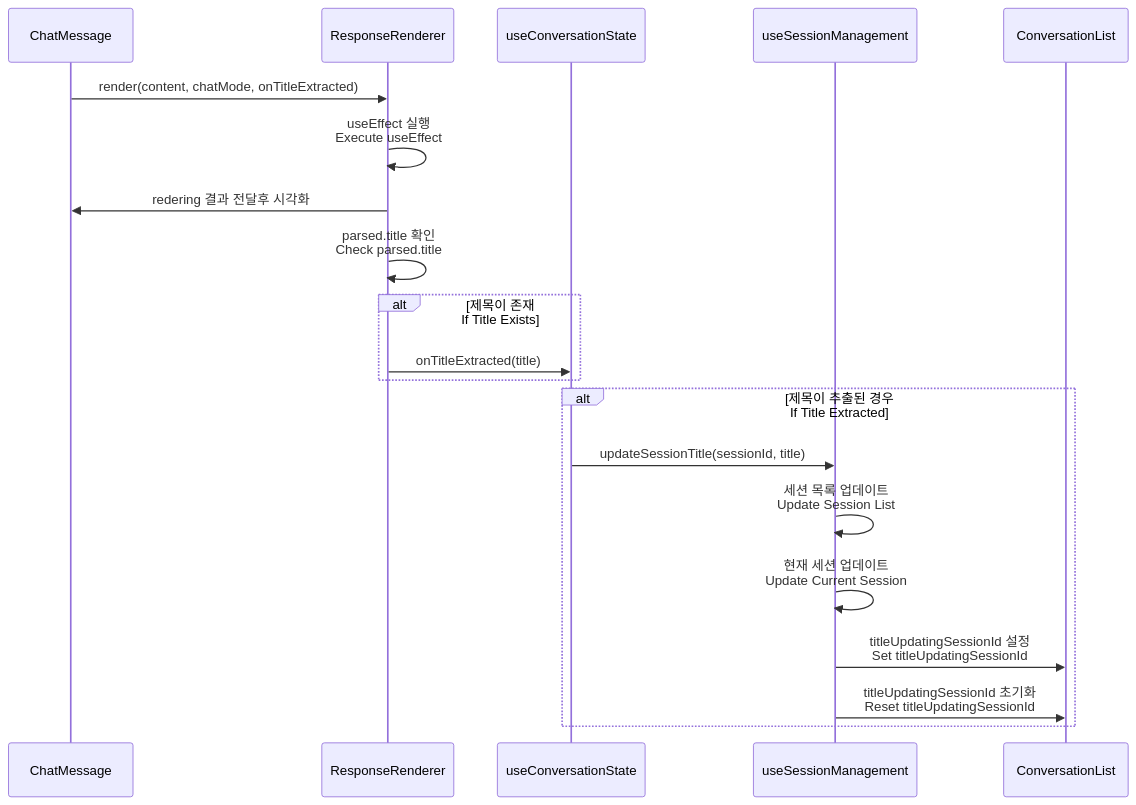
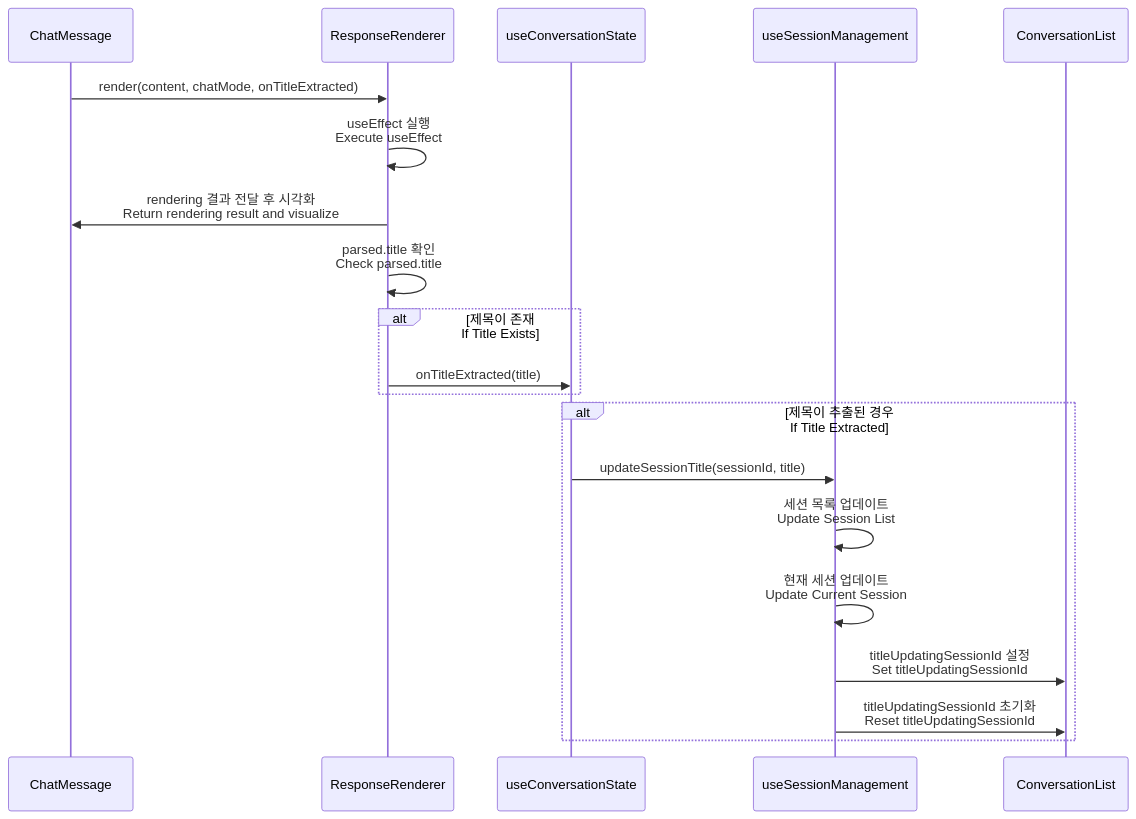
Diagram 13 of 20 in docs/design-specification.md (p0pular131/askspec-chat-assistant), drawn with Mermaid before and after one commit. The commit also changed other lines of this file, not shown here.

First line of the commit message:
Add sequence diagram for message flow

````diff
--- a/docs/design-specification.md
+++ b/docs/design-specification.md
@@ -604,25 +692,25 @@
 ```mermaid
 sequenceDiagram
     participant ChatMessage as ChatMessage
     participant Renderer as ResponseRenderer
     participant State as useConversationState
     participant Session as useSessionManagement
     participant UI as ConversationList
 
     ChatMessage->>Renderer: render(content, chatMode, onTitleExtracted)
     Renderer->>Renderer: useEffect 실행<br/>Execute useEffect
-    Renderer->>ChatMessage: redering 결과 전달후 시각화
+    Renderer->>ChatMessage: rendering 결과 전달 후 시각화<br/>Return rendering result and visualize
     
     Renderer->>Renderer: parsed.title 확인<br/>Check parsed.title
     alt 제목이 존재<br/>If Title Exists
         Renderer->>State: onTitleExtracted(title)
     end
     
     alt 제목이 추출된 경우<br/>If Title Extracted
         State->>Session: updateSessionTitle(sessionId, title)
         Session->>Session: 세션 목록 업데이트<br/>Update Session List
         Session->>Session: 현재 세션 업데이트<br/>Update Current Session
         Session->>UI: titleUpdatingSessionId 설정<br/>Set titleUpdatingSessionId
         Session->>UI: titleUpdatingSessionId 초기화<br/>Reset titleUpdatingSessionId
     end
 ```
````
